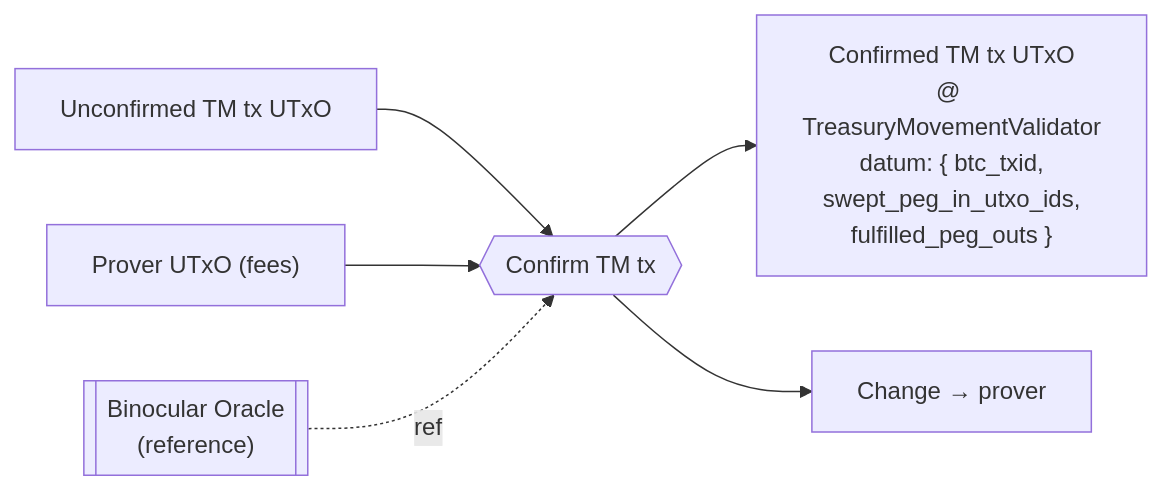
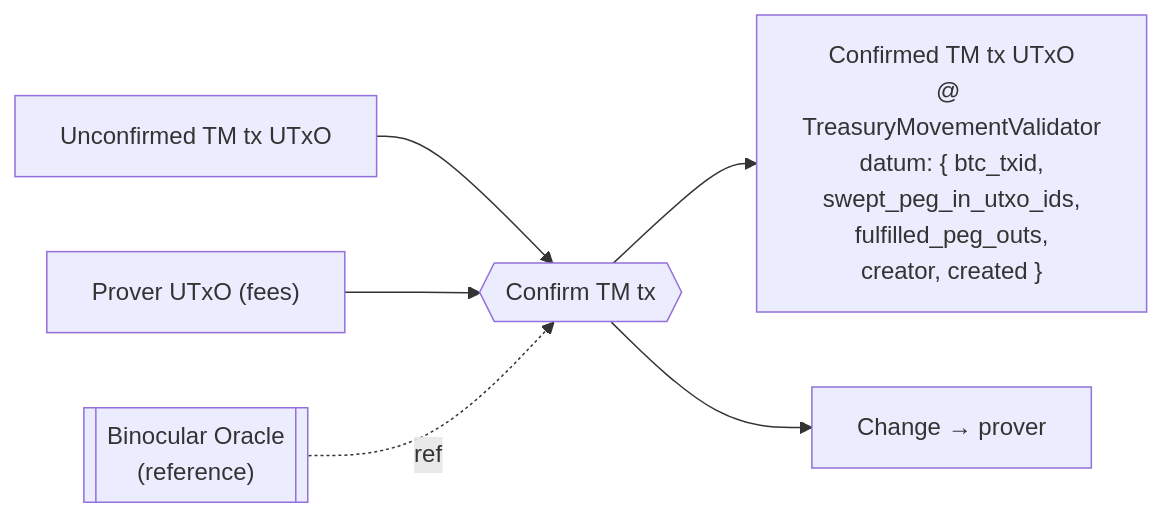
Diagram 14 of 19 in documentation/technical_documentation.md (FluidTokens/ft-bifrost-bridge), drawn with Mermaid before and after one commit. The commit also changed other lines of this file and 1 other file, not shown here.

Commit message:
docs: TM record provenance (creator/created) + grace-period GC

````diff
--- a/documentation/technical_documentation.md
+++ b/documentation/technical_documentation.md
@@ -1616,8 +1620,8 @@
 ```mermaid
 flowchart LR
   unconf["Unconfirmed TM tx UTxO"] --> tx{{"Confirm TM tx"}}
   prover["Prover UTxO (fees)"] --> tx
   binoc[["Binocular Oracle<br/>(reference)"]] -. ref .-> tx
-  tx --> conf["Confirmed TM tx UTxO<br/>@ TreasuryMovementValidator<br/>datum: { btc_txid,<br/>swept_peg_in_utxo_ids,<br/>fulfilled_peg_outs }"]
+  tx --> conf["Confirmed TM tx UTxO<br/>@ TreasuryMovementValidator<br/>datum: { btc_txid,<br/>swept_peg_in_utxo_ids,<br/>fulfilled_peg_outs,<br/>creator, created }"]
   tx --> change["Change → prover"]
 ```
````
